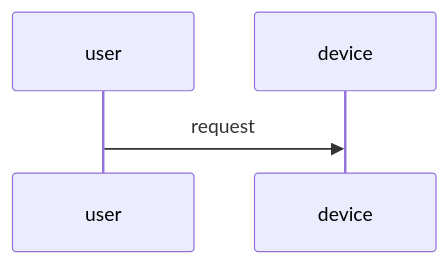
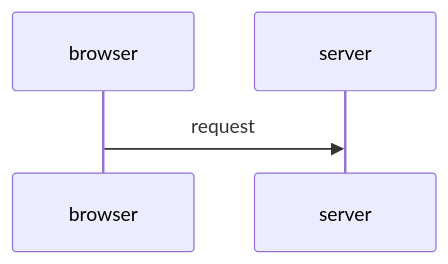
The diagram in Part0.md (early-dew/FullStackOpen), drawn with Mermaid before and after one commit.

````diff
--- a/Part0.md
+++ b/Part0.md
@@ -1,6 +1,6 @@
 ```mermaid
 sequenceDiagram
- participant user
- participant device
- user->>device:request
+ participant browser
+ participant server
+ browser->>server:request
 ```
````
